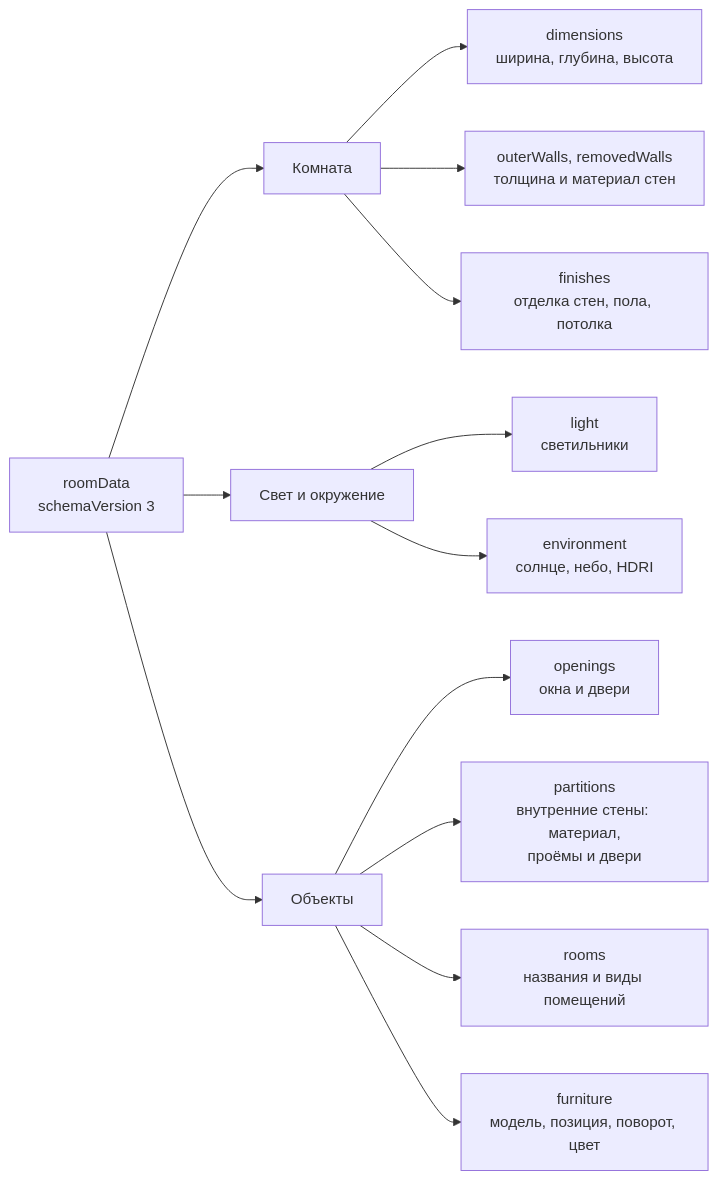
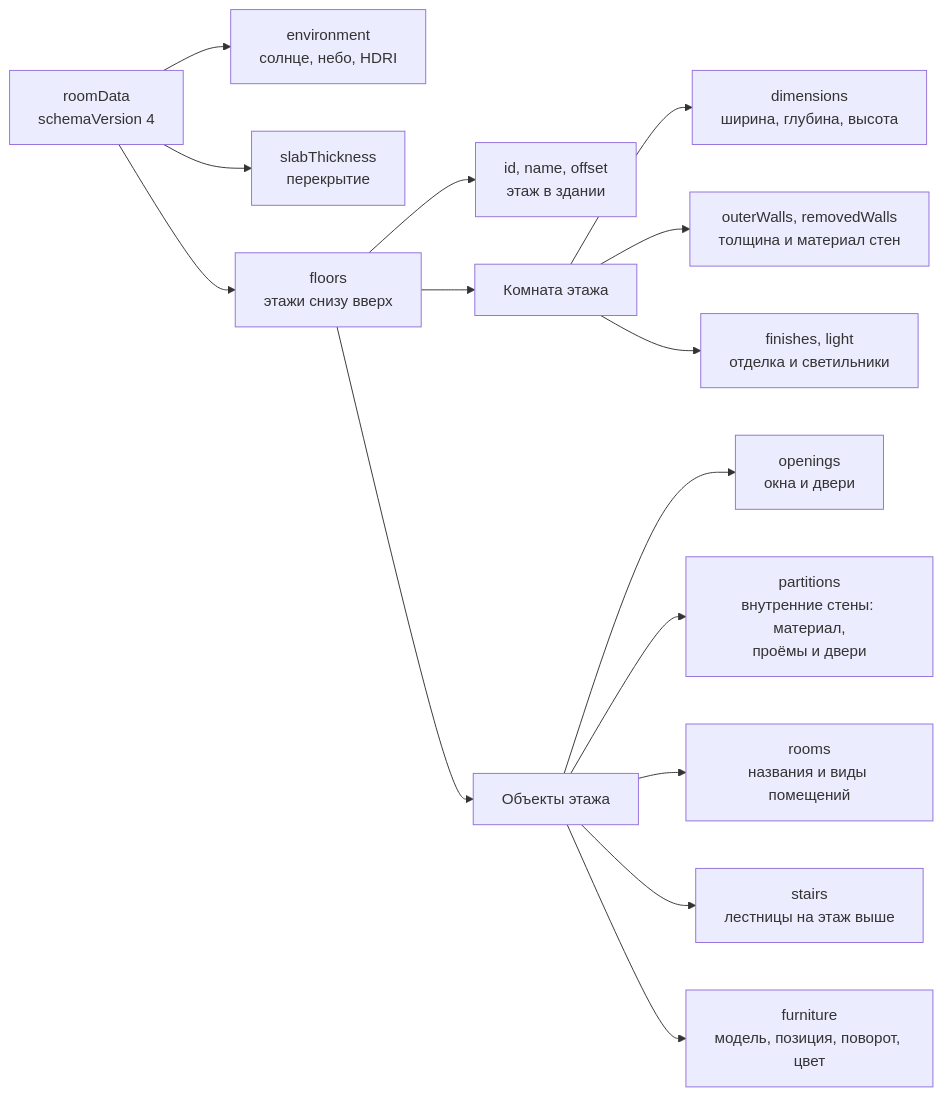
One commit to execada/VRHomeConstruction changed the ninth of 12 diagrams in README.md. Above: the diagram before and after it, drawn with Mermaid. The commit also changed other lines of this file and 4 other files, not shown here.

First line of the commit message:
docs: floors, stairs and the street view in readme and changelog

````diff
--- a/README.md
+++ b/README.md
@@ -372,16 +411,18 @@
 ```mermaid
 flowchart LR
-    doc["roomData<br/>schemaVersion 3"]
-    doc --> room["Комната"]
-    doc --> lighting["Свет и окружение"]
-    doc --> objects["Объекты"]
+    doc["roomData<br/>schemaVersion 4"]
+    doc --> environment["environment<br/>солнце, небо, HDRI"]
+    doc --> slab["slabThickness<br/>перекрытие"]
+    doc --> floors["floors<br/>этажи снизу вверх"]
+    floors --> meta["id, name, offset<br/>этаж в здании"]
+    floors --> room["Комната этажа"]
+    floors --> objects["Объекты этажа"]
     room --> dimensions["dimensions<br/>ширина, глубина, высота"]
     room --> walls["outerWalls, removedWalls<br/>толщина и материал стен"]
-    room --> finishes["finishes<br/>отделка стен, пола, потолка"]
-    lighting --> light["light<br/>светильники"]
-    lighting --> environment["environment<br/>солнце, небо, HDRI"]
+    room --> finishes["finishes, light<br/>отделка и светильники"]
     objects --> openings["openings<br/>окна и двери"]
     objects --> partitions["partitions<br/>внутренние стены: материал,<br/>проёмы и двери"]
     objects --> rooms["rooms<br/>названия и виды помещений"]
+    objects --> stairs["stairs<br/>лестницы на этаж выше"]
     objects --> furniture["furniture<br/>модель, позиция, поворот, цвет"]
 ```
````
